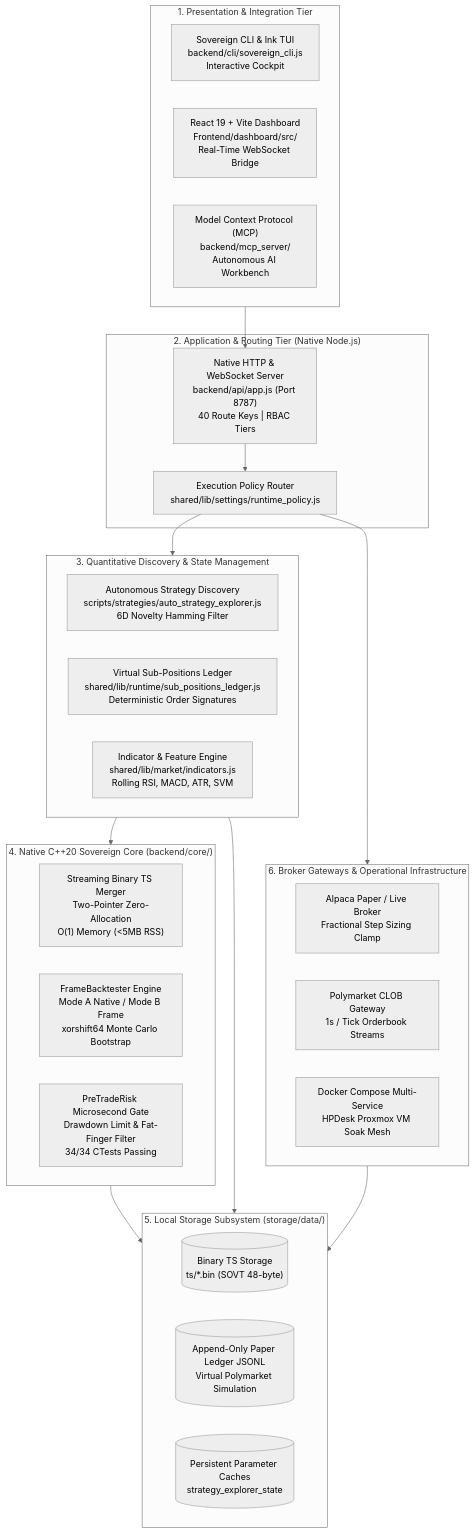
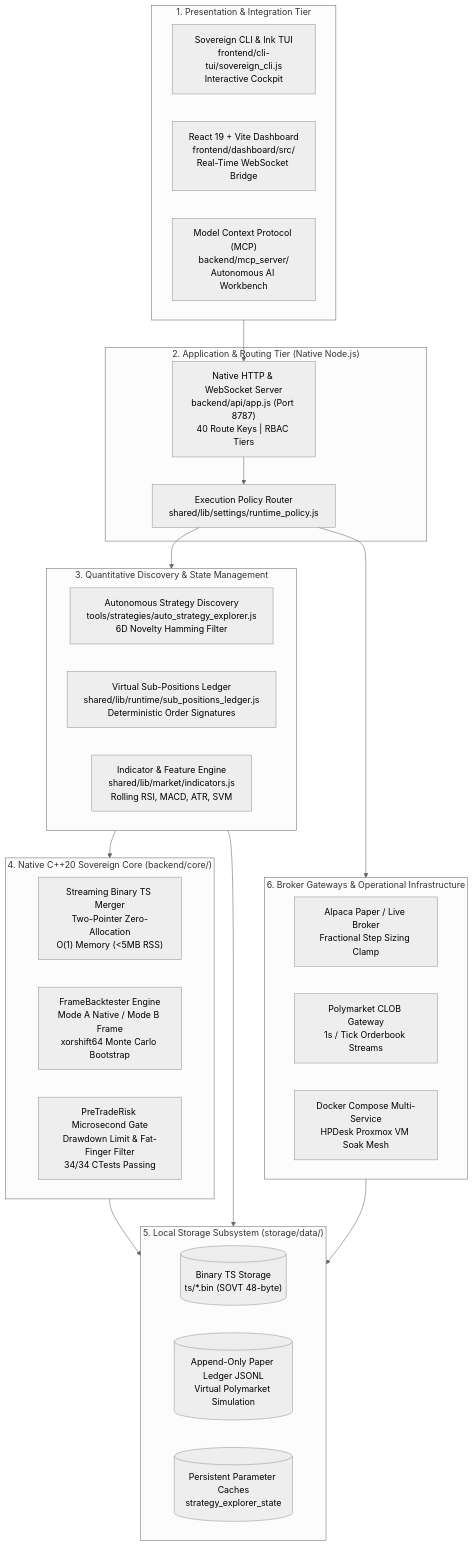
Before and after one commit to vgbn2/personal_finance_draft: the diagram in docs/ARCHITECTURE.md, drawn with Mermaid (neutral theme). The commit also changed other lines of this file and 178 other files, not shown here.

````diff
--- a/docs/ARCHITECTURE.md
+++ b/docs/ARCHITECTURE.md
@@ -9,46 +9,46 @@
 ```mermaid
 flowchart TD
     subgraph Tier1["1. Presentation & Integration Tier"]
-        CLI["Sovereign CLI & Ink TUI<br/>backend/cli/sovereign_cli.js<br/>Interactive Cockpit"]
-        DASH["React 19 + Vite Dashboard<br/>Frontend/dashboard/src/<br/>Real-Time WebSocket Bridge"]
+        CLI["Sovereign CLI & Ink TUI<br/>frontend/cli-tui/sovereign_cli.js<br/>Interactive Cockpit"]
+        DASH["React 19 + Vite Dashboard<br/>frontend/dashboard/src/<br/>Real-Time WebSocket Bridge"]
         MCP["Model Context Protocol (MCP)<br/>backend/mcp_server/<br/>Autonomous AI Workbench"]
     end
 
     subgraph Tier2["2. Application & Routing Tier (Native Node.js)"]
         HTTP["Native HTTP & WebSocket Server<br/>backend/api/app.js (Port 8787)<br/>40 Route Keys | RBAC Tiers"]
         POLICY["Execution Policy Router<br/>shared/lib/settings/runtime_policy.js"]
     end
 
     subgraph Tier3["3. Quantitative Discovery & State Management"]
-        DISCOVERY["Autonomous Strategy Discovery<br/>scripts/strategies/auto_strategy_explorer.js<br/>6D Novelty Hamming Filter"]
+        DISCOVERY["Autonomous Strategy Discovery<br/>tools/strategies/auto_strategy_explorer.js<br/>6D Novelty Hamming Filter"]
         SUB["Virtual Sub-Positions Ledger<br/>shared/lib/runtime/sub_positions_ledger.js<br/>Deterministic Order Signatures"]
         INDICATORS["Indicator & Feature Engine<br/>shared/lib/market/indicators.js<br/>Rolling RSI, MACD, ATR, SVM"]
     end
 
     subgraph Tier4["4. Native C++20 Sovereign Core (backend/core/)"]
         MERGER["Streaming Binary TS Merger<br/>Two-Pointer Zero-Allocation<br/>O(1) Memory (<5MB RSS)"]
         BT["FrameBacktester Engine<br/>Mode A Native / Mode B Frame<br/>xorshift64 Monte Carlo Bootstrap"]
         RISK["PreTradeRisk Microsecond Gate<br/>Drawdown Limit & Fat-Finger Filter<br/>34/34 CTests Passing"]
     end
 
     subgraph Tier5["5. Local Storage Subsystem (storage/data/)"]
         BIN[("Binary TS Storage<br/>ts/*.bin (SOVT 48-byte)")]
         PAPER_STATE[("Append-Only Paper Ledger JSONL<br/>Virtual Polymarket Simulation")]
         CACHE[("Persistent Parameter Caches<br/>strategy_explorer_state")]
     end
 
     subgraph Tier6["6. Broker Gateways & Operational Infrastructure"]
         ALPACA["Alpaca Paper / Live Broker<br/>Fractional Step Sizing Clamp"]
         POLY["Polymarket CLOB Gateway<br/>1s / Tick Orderbook Streams"]
         DOCKER["Docker Compose Multi-Service<br/>HPDesk Proxmox VM Soak Mesh"]
     end
 
     Tier1 --> HTTP
     HTTP --> POLICY
     POLICY --> Tier3
     Tier3 --> Tier4
     Tier4 --> Tier5
     Tier3 --> Tier5
     POLICY --> Tier6
     Tier6 --> Tier5
 ```
````
